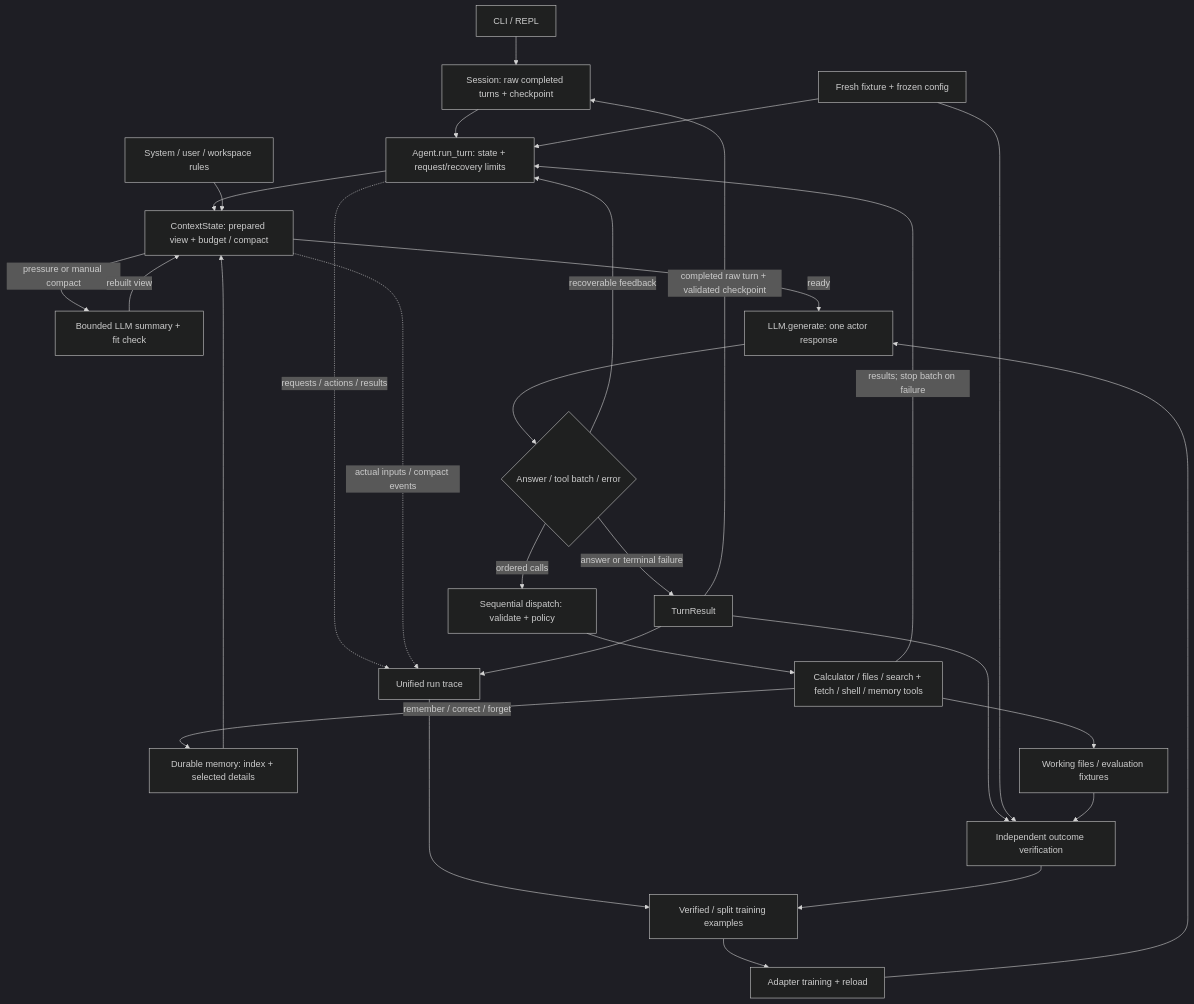
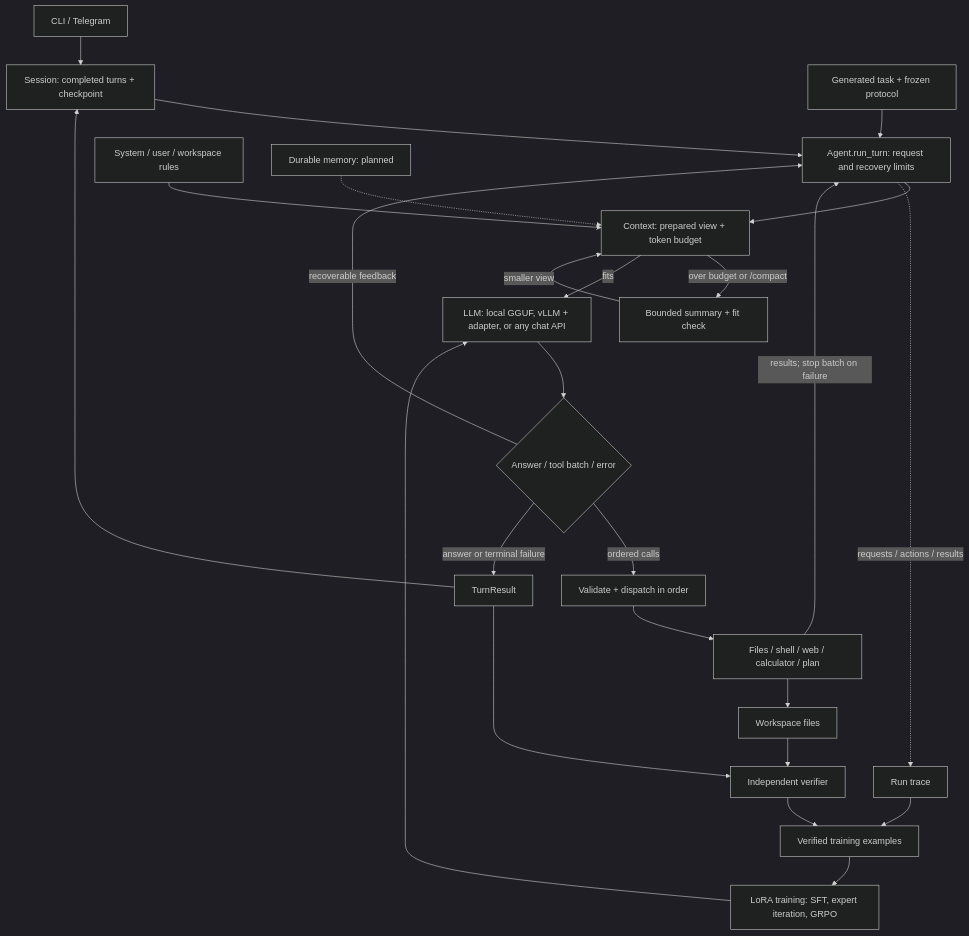
Before and after one commit to shakewingo/Tadpole: the diagram in agent_from_scratch/docs/STAGE.md, drawn with Mermaid (dark theme). The commit also changed other lines of this file and 5 other files, not shown here.

First line of the commit message:
docs: the Tadpole README, build log, results and evaluation guide

````diff
--- a/agent_from_scratch/docs/STAGE.md
+++ b/agent_from_scratch/docs/STAGE.md
@@ -1536,31 +391,27 @@
 ```mermaid
 flowchart TD
-    CLI[CLI / REPL] --> Session[Session: raw completed turns + checkpoint]
-    Session --> Loop[Agent.run_turn: state + request/recovery limits]
-    Loop --> Context[ContextState: prepared view + budget / compact]
-    Context -->|pressure or manual compact| Compact[Bounded LLM summary + fit check]
-    Compact -->|rebuilt view| Context
+    CLI[CLI / Telegram] --> Session[Session: completed turns + checkpoint]
+    Session --> Loop[Agent.run_turn: request and recovery limits]
+    Loop --> Context[Context: prepared view + token budget]
+    Context -->|over budget or /compact| Compact[Bounded summary + fit check]
+    Compact -->|smaller view| Context
     Rules[System / user / workspace rules] --> Context
-    Memory[Durable memory: index + selected details] --> Context
-    Context -->|ready| Model[LLM.generate: one actor response]
+    Memory[Durable memory: planned] -.-> Context
+    Context -->|fits| Model[LLM: local GGUF, vLLM + adapter, or any chat API]
     Model --> Decision{Answer / tool batch / error}
-    Decision -->|ordered calls| Registry[Sequential dispatch: validate + policy]
-    Registry --> Tools[Calculator / files / search + fetch / shell / memory tools]
+    Decision -->|ordered calls| Registry[Validate + dispatch in order]
+    Registry --> Tools[Files / shell / web / calculator / plan]
     Tools -->|results; stop batch on failure| Loop
-    Tools -->|remember / correct / forget| Memory
     Decision -->|recoverable feedback| Loop
     Decision -->|answer or terminal failure| End[TurnResult]
-    End -->|completed raw turn + validated checkpoint| Session
-    Loop -. requests / actions / results .-> Trace[Unified run trace]
-    Context -. actual inputs / compact events .-> Trace
-    End --> Trace
-    Eval[Fresh fixture + frozen config] --> Loop
-    End --> Verify[Independent outcome verification]
-    Eval --> Verify
-    Tools --> Workspace[Working files / evaluation fixtures]
+    End --> Session
+    Loop -. requests / actions / results .-> Trace[Run trace]
+    Eval[Generated task + frozen protocol] --> Loop
+    End --> Verify[Independent verifier]
+    Tools --> Workspace[Workspace files]
     Workspace --> Verify
-    Trace --> Data[Verified / split training examples]
+    Trace --> Data[Verified training examples]
     Verify --> Data
-    Data --> Train[Adapter training + reload]
+    Data --> Train[LoRA training: SFT, expert iteration, GRPO]
     Train --> Model
 ```
````
